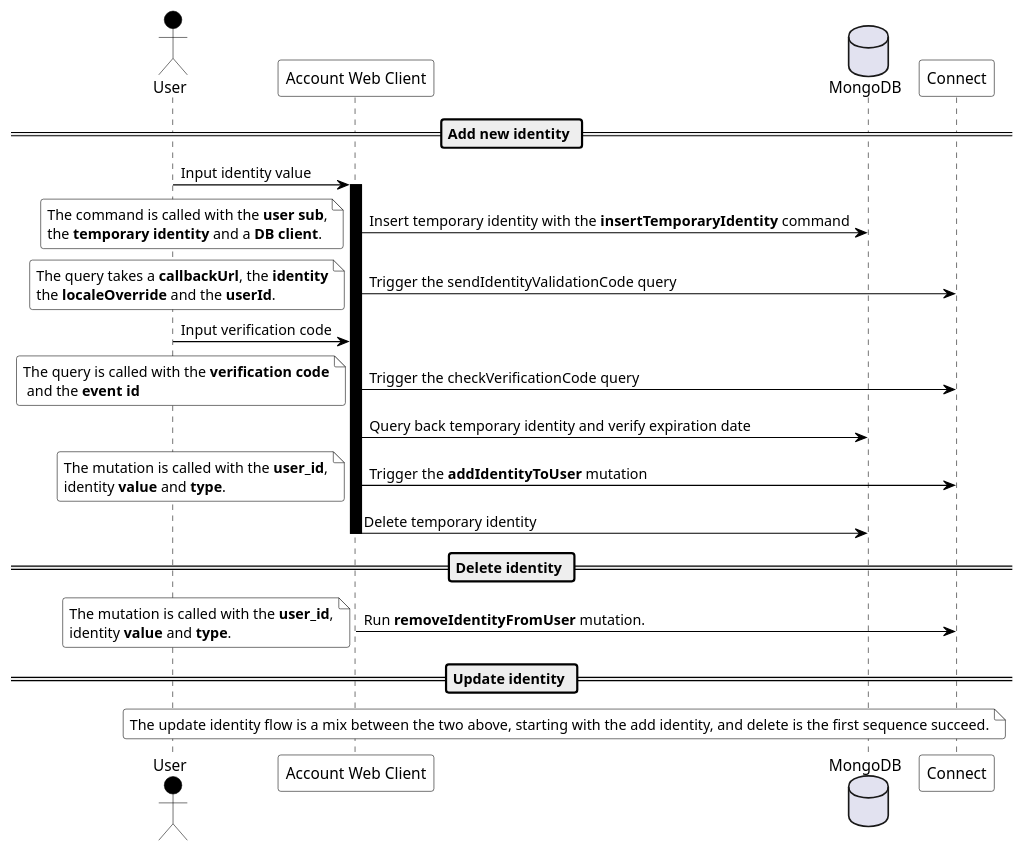
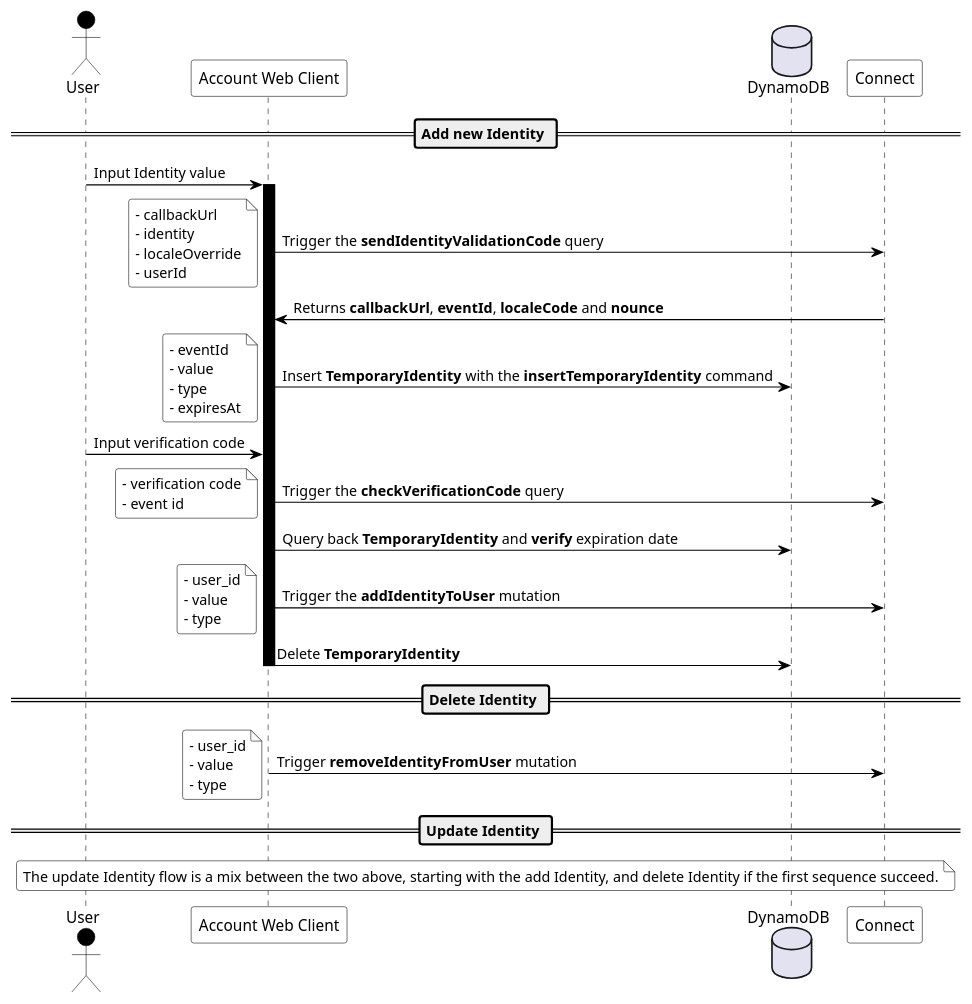
The second of 3 diagrams in doc/flows.puml (fewlinesco/connect-account), drawn with PlantUML before and after one commit. The commit also changed other lines of this file and 3 other files, not shown here.

Commit message:
updated diagrams

```diff
--- a/doc/flows.puml
+++ b/doc/flows.puml
@@ -103,73 +116,78 @@
 @startuml
-
 skinparam NoteBackgroundColor #fff
 skinparam NoteBorderColor #000
 
 skinparam sequence {
 	ArrowColor #000
 	ActorBorderColor #000
 
 	LifeLineBorderColor #000
 	LifeLineBackgroundColor #000
 
 	ParticipantBorderColor #000
 	ParticipantBackgroundColor #fff
 	ParticipantFontColor #000
 
 	ActorBackgroundColor #000
 	ActorFontColor #000
 
   NoteBorderColor #000
 }
 
 skinparam roundcorner 5
 
 actor User                         as user
 participant "Account Web Client"   as account
-database MongoDB                   as mongo
+database DynamoDB                   as dynamo
 participant "Connect"              as connect
 
-== Add new identity ==
+== Add new Identity ==
 
-user -> account : Input identity value
+user -> account : Input Identity value
 activate account
-account -> mongo : Insert temporary identity with the **insertTemporaryIdentity** command
+account -> connect : Trigger the **sendIdentityValidationCode** query
 note left
-The command is called with the **user sub**,
-the **temporary identity** and a **DB client**.
+- callbackUrl
+- identity
+- localeOverride
+- userId
 end note
-account -> connect : Trigger the sendIdentityValidationCode query
+connect -> account : Returns **callbackUrl**, **eventId**, **localeCode** and **nounce**
+account -> dynamo : Insert **TemporaryIdentity** with the **insertTemporaryIdentity** command
 note left
-The query takes a **callbackUrl**, the **identity**
-the **localeOverride** and the **userId**.
+- eventId
+- value
+- type
+- expiresAt
 end note
 user -> account : Input verification code
-account -> connect : Trigger the checkVerificationCode query
+account -> connect : Trigger the **checkVerificationCode** query
 note left
-The query is called with the **verification code**
- and the **event id**
+- verification code
+- event id
 end note
-account -> mongo : Query back temporary identity and verify expiration date
+account -> dynamo : Query back **TemporaryIdentity** and **verify** expiration date
 account -> connect : Trigger the **addIdentityToUser** mutation
 note left
-The mutation is called with the **user_id**,
-identity **value** and **type**.
+- user_id
+- value
+- type
 end note
-account -> mongo : Delete temporary identity
+account -> dynamo : Delete **TemporaryIdentity**
 deactivate account
 
-== Delete identity ==
+== Delete Identity ==
 
-account -> connect : Run **removeIdentityFromUser** mutation.
+account -> connect : Trigger **removeIdentityFromUser** mutation
 note left
-The mutation is called with the **user_id**,
-identity **value** and **type**.
+- user_id
+- value
+- type
 end note
 
-== Update identity ==
+== Update Identity ==
 
 note over user, connect
-The update identity flow is a mix between the two above, starting with the add identity, and delete is the first sequence succeed.
+The update Identity flow is a mix between the two above, starting with the add Identity, and delete Identity if the first sequence succeed.
 end note
-
 @enduml
```
